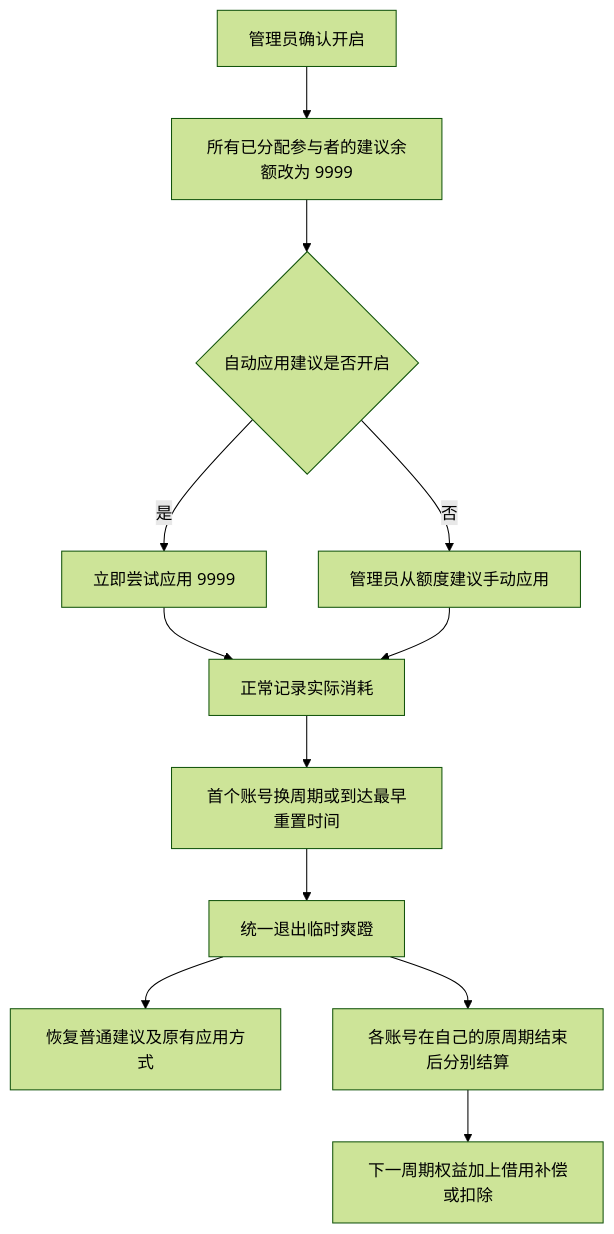
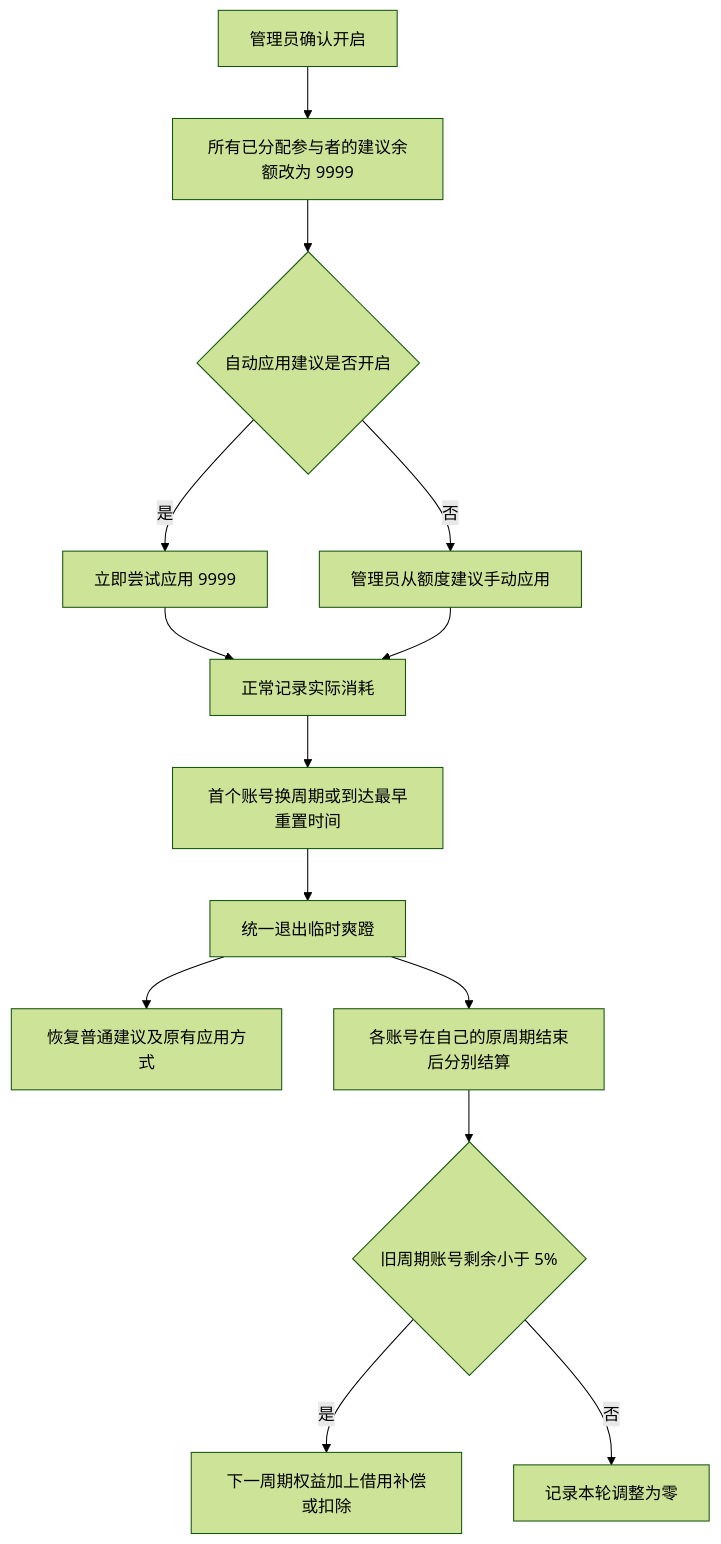
Before and after one commit to LingyeNBird/Sub2Pool: the first of 2 diagrams in docs/temporary-burst.md, drawn with Mermaid (forest theme). The commit also changed other lines of this file and 39 other files, not shown here.

````diff
--- a/docs/temporary-burst.md
+++ b/docs/temporary-burst.md
@@ -9,14 +9,16 @@
 ```mermaid
 flowchart TD
     A[管理员确认开启] --> B[所有已分配参与者的建议余额改为 9999]
     B --> C{自动应用建议是否开启}
     C -->|是| D[立即尝试应用 9999]
     C -->|否| E[管理员从额度建议手动应用]
     D --> F[正常记录实际消耗]
     E --> F
     F --> G[首个账号换周期或到达最早重置时间]
     G --> H[统一退出临时爽蹬]
     H --> I[恢复普通建议及原有应用方式]
     H --> J[各账号在自己的原周期结束后分别结算]
-    J --> K[下一周期权益加上借用补偿或扣除]
+    J --> K{旧周期账号剩余小于 5%}
+    K -->|是| L[下一周期权益加上借用补偿或扣除]
+    K -->|否| M[记录本轮调整为零]
 ```
````
